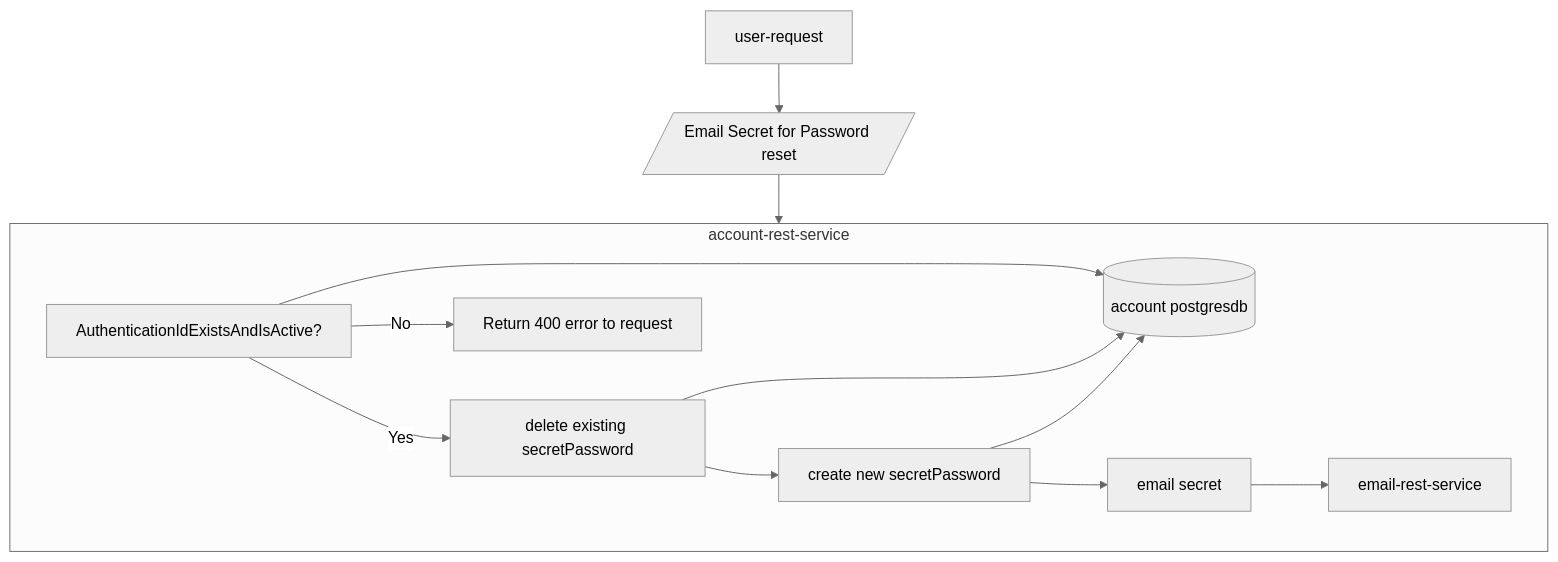
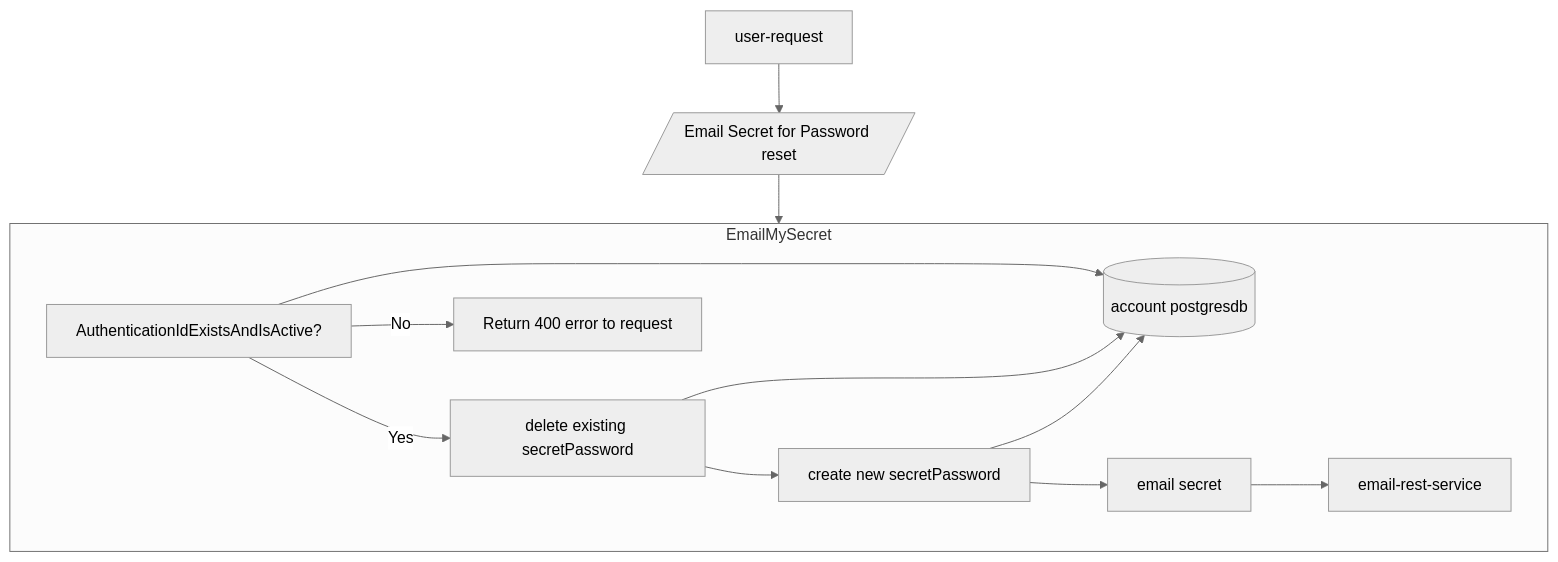
One commit to sonamsamdupkhangsar/account-rest-service changed the fourth of 8 diagrams in README.md. Above: the diagram before and after it, drawn with Mermaid (neutral theme).

````diff
--- a/README.md
+++ b/README.md
@@ -128,16 +128,16 @@
 ```mermaid
 flowchart TD
   User[user-request] -->EmailSecret[/Email Secret for Password reset/]--> account-rest-service
   
-  subgraph account-rest-service
+  subgraph account-rest-service["EmailMySecret"]
   validateAuthenticationIdExistsAndTrue["AuthenticationIdExistsAndIsActive?"]
   validateAuthenticationIdExistsAndTrue --> accountDb[(account postgresdb)]
   validateAuthenticationIdExistsAndTrue -->|Yes| deleteAnySecretPassword["delete existing secretPassword"]
   deleteAnySecretPassword --> accountDb
   validateAuthenticationIdExistsAndTrue -->|No| ReturnError[Return 400 error to request]
   deleteAnySecretPassword --> createNewSecretPassword["create new secretPassword"]
   createNewSecretPassword --> accountDb
   createNewSecretPassword --> emailSecret["email secret"]
   emailSecret --> email-rest-service   
   end               
 ```
````
